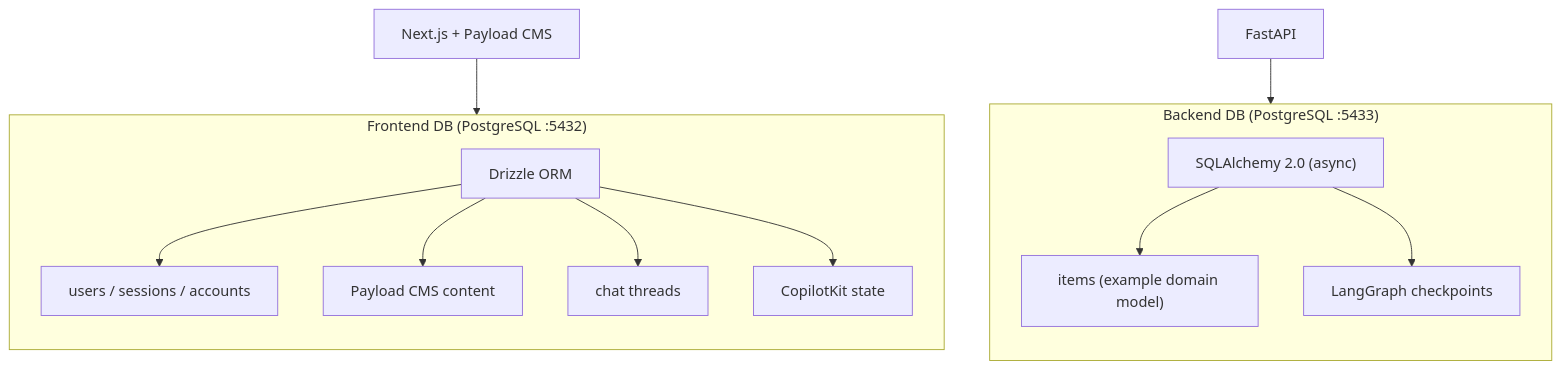
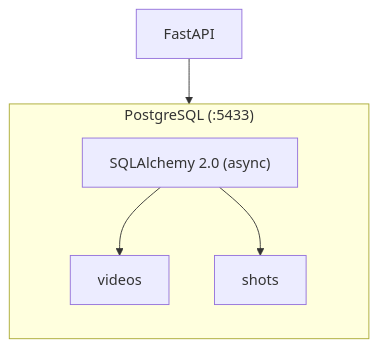
The first of 2 diagrams in apps/mkdocs/docs/reference/database.md (bernat-leads/Batch_video), drawn with Mermaid before and after one commit. The commit also changed other lines of this file and 85 other files, not shown here.

````diff
--- a/apps/mkdocs/docs/reference/database.md
+++ b/apps/mkdocs/docs/reference/database.md
@@ -5,29 +5,14 @@
 ```mermaid
 graph TB
-    subgraph "Frontend DB (PostgreSQL :5432)"
+    subgraph "PostgreSQL (:5433)"
         direction TB
-        FDrizzle["Drizzle ORM"]
-        FUsers["users / sessions / accounts"]
-        FCMS["Payload CMS content"]
-        FThreads["chat threads"]
-        FCK["CopilotKit state"]
+        SQLAlchemy["SQLAlchemy 2.0 (async)"]
+        Videos["videos"]
+        Shots["shots"]
 
-        FDrizzle --> FUsers
-        FDrizzle --> FCMS
-        FDrizzle --> FThreads
-        FDrizzle --> FCK
+        SQLAlchemy --> Videos
+        SQLAlchemy --> Shots
     end
 
-    subgraph "Backend DB (PostgreSQL :5433)"
-        direction TB
-        BSQLAlchemy["SQLAlchemy 2.0 (async)"]
-        BItems["items (example domain model)"]
-        BCheckpoints["LangGraph checkpoints"]
-
-        BSQLAlchemy --> BItems
-        BSQLAlchemy --> BCheckpoints
-    end
-
-    NextJS["Next.js + Payload CMS"] --> FDrizzle
-    FastAPI["FastAPI"] --> BSQLAlchemy
+    FastAPI["FastAPI"] --> SQLAlchemy
 ```
````
